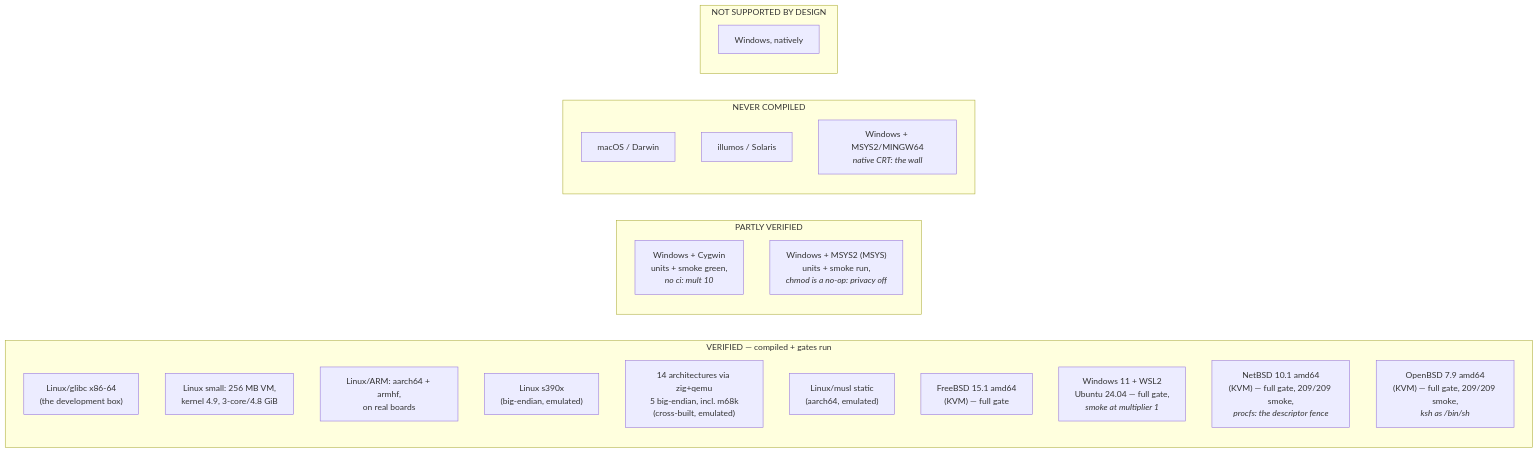
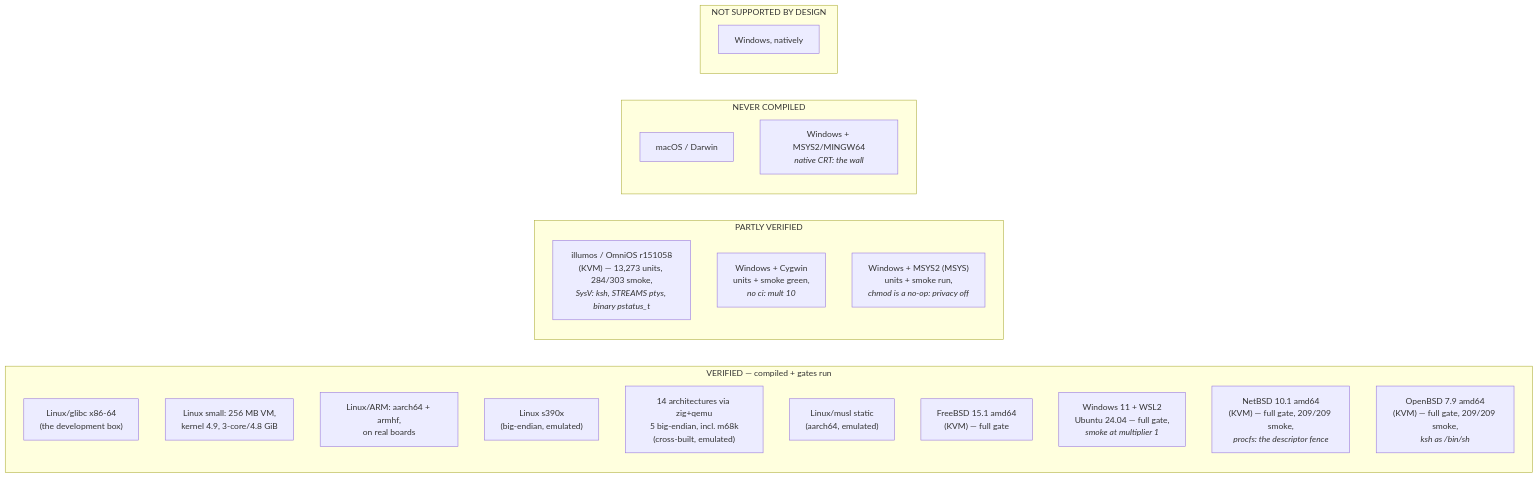
The diagram in docs/PLATFORMS.md (alexanderlarsdallmann/jichi), drawn with Mermaid before and after one commit. The commit also changed other lines of this file and 93 other files, not shown here.

````diff
--- a/docs/PLATFORMS.md
+++ b/docs/PLATFORMS.md
@@ -31,27 +63,27 @@
 ```mermaid
 flowchart LR
     subgraph V["VERIFIED — compiled + gates run"]
         L["Linux/glibc x86-64<br/>(the development box)"]
         S["Linux small: 256 MB VM,<br/>kernel 4.9, 3-core/4.8 GiB"]
         A["Linux/ARM: aarch64 + armhf,<br/>on real boards"]
         B["Linux s390x<br/>(big-endian, emulated)"]
         X14["14 architectures via zig+qemu<br/>5 big-endian, incl. m68k<br/>(cross-built, emulated)"]
         M["Linux/musl static<br/>(aarch64, emulated)"]
         FB["FreeBSD 15.1 amd64<br/>(KVM) — full gate"]
         WSL["Windows 11 + WSL2<br/>Ubuntu 24.04 — full gate,<br/><i>smoke at multiplier 1</i>"]
         NB["NetBSD 10.1 amd64<br/>(KVM) — full gate, 209/209 smoke,<br/><i>procfs: the descriptor fence</i>"]
         O["OpenBSD 7.9 amd64<br/>(KVM) — full gate, 209/209 smoke,<br/><i>ksh as /bin/sh</i>"]
     end
     subgraph P["PARTLY VERIFIED"]
+        ILL["illumos / OmniOS r151058<br/>(KVM) — 13,273 units, 284/303 smoke,<br/><i>SysV: ksh, STREAMS ptys, binary pstatus_t</i>"]
         CYG["Windows + Cygwin<br/>units + smoke green,<br/><i>no ci: mult 10</i>"]
         MSY2["Windows + MSYS2 (MSYS)<br/>units + smoke run,<br/><i>chmod is a no-op: privacy off</i>"]
     end
     subgraph U["NEVER COMPILED"]
         MAC["macOS / Darwin"]
-        BSD["illumos / Solaris"]
         MGW["Windows + MSYS2/MINGW64<br/><i>native CRT: the wall</i>"]
     end
     subgraph N["NOT SUPPORTED BY DESIGN"]
         WIN["Windows, natively"]
     end
 ```
````
